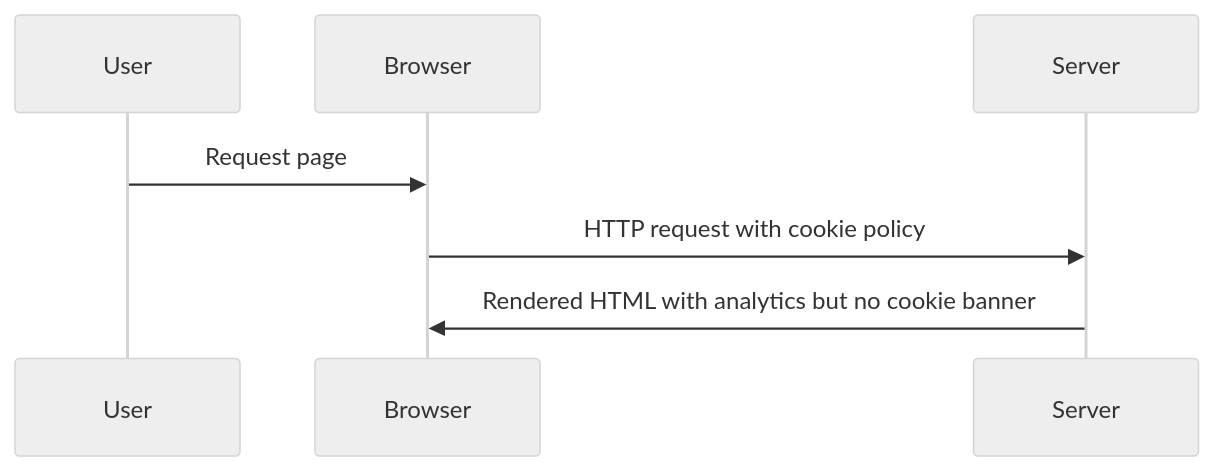
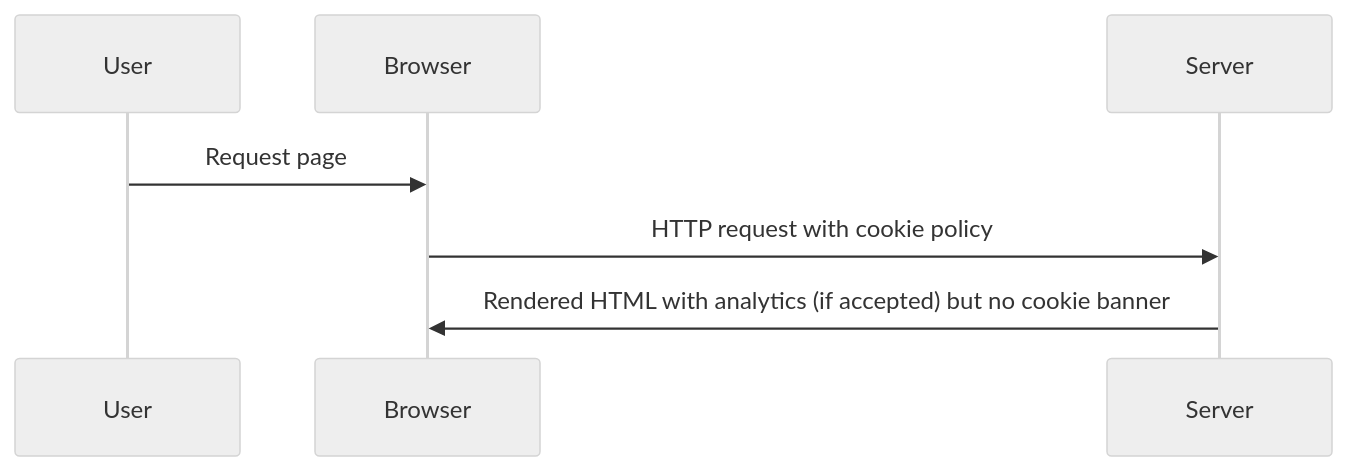
One commit to nationalarchives/tna-frontend-docs changed the second of 2 diagrams in docs/get-started/cookies.md. Above: the diagram before and after it, drawn with Mermaid (neutral theme). The commit also changed other lines of this file and 8 other files, not shown here.

````diff
--- a/docs/get-started/cookies.md
+++ b/docs/get-started/cookies.md
@@ -44,6 +44,6 @@
 ```mermaid
 sequenceDiagram
     User->>Browser: Request page
     Browser->>Server: HTTP request with cookie policy
-    Server->>Browser: Rendered HTML with analytics but no cookie banner
+    Server->>Browser: Rendered HTML with analytics (if accepted) but no cookie banner
 ```
````
